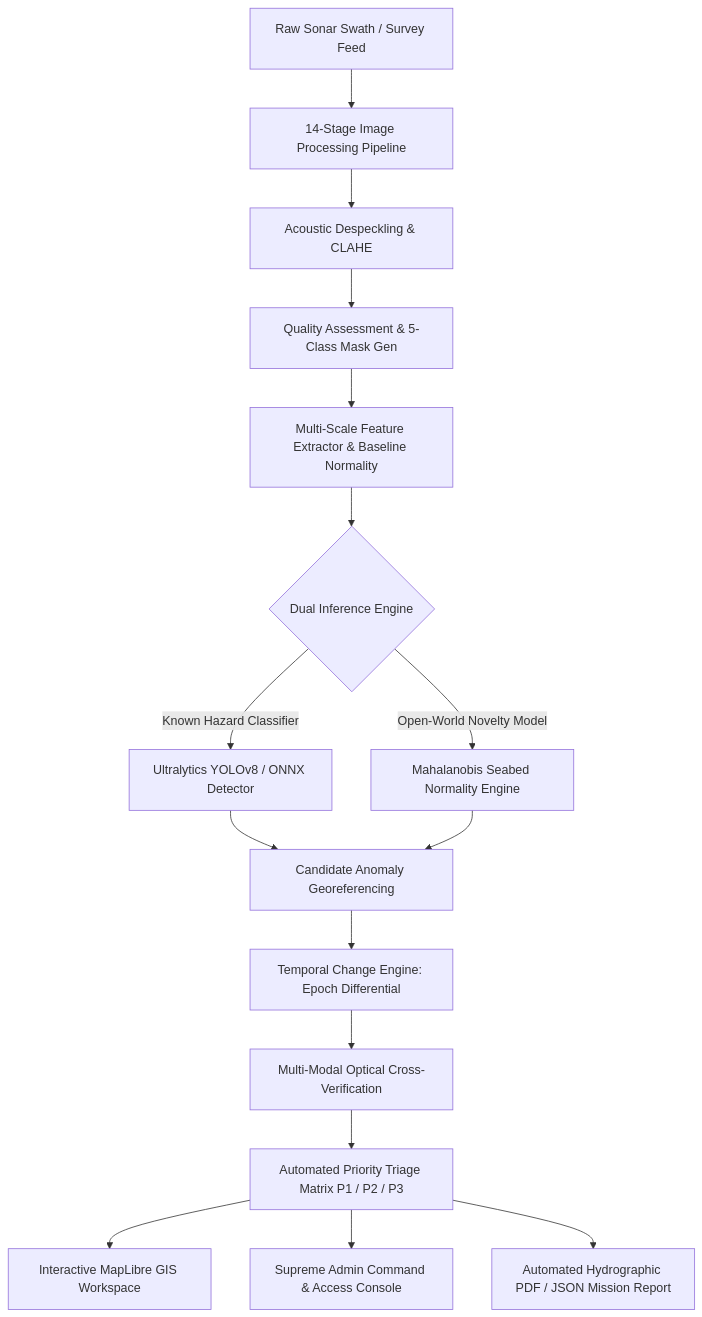
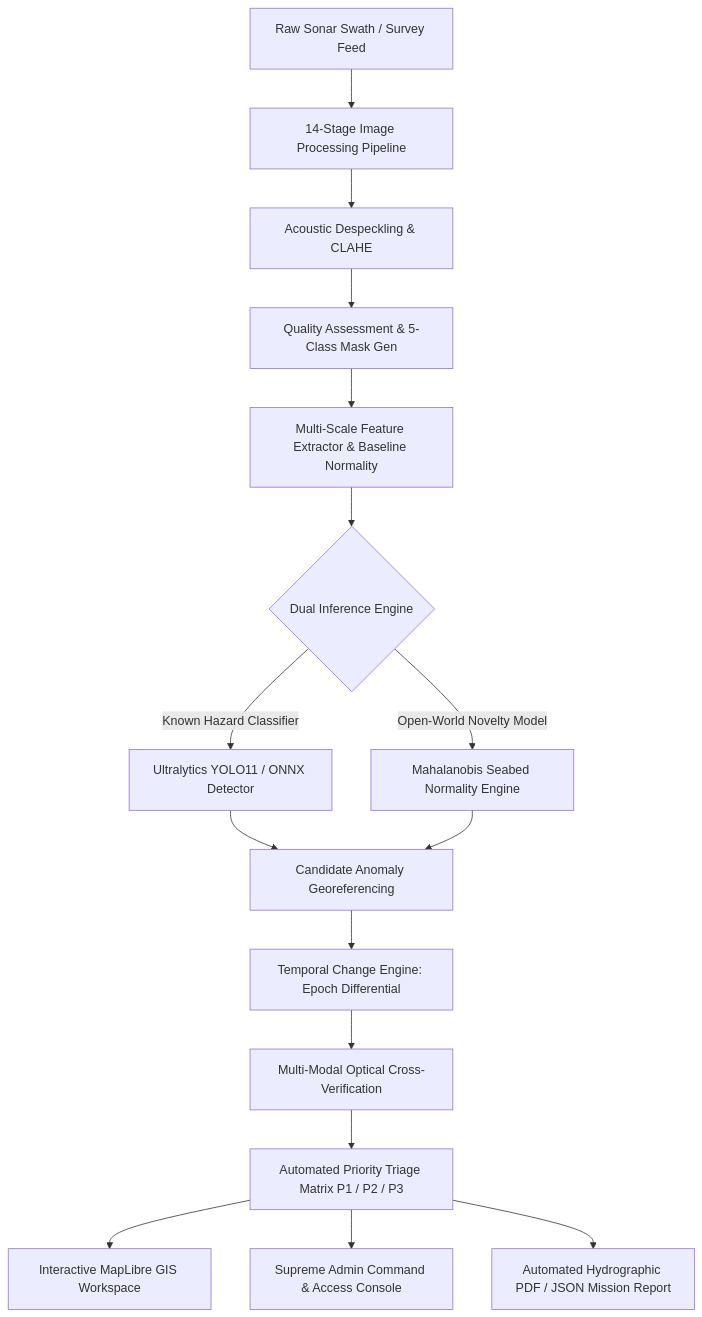
The diagram in README.md (BPPIMTSIH26/SIH26057), drawn with Mermaid before and after one commit. The commit also changed other lines of this file, not shown here.

````diff
--- a/README.md
+++ b/README.md
@@ -43,22 +43,22 @@
 ```mermaid
 flowchart TD
     A[Raw Sonar Swath / Survey Feed] --> B[14-Stage Image Processing Pipeline]
     B --> C[Acoustic Despeckling & CLAHE]
     C --> D[Quality Assessment & 5-Class Mask Gen]
     D --> E[Multi-Scale Feature Extractor & Baseline Normality]
     
     E --> F{Dual Inference Engine}
-    F -->|Known Hazard Classifier| G[Ultralytics YOLOv8 / ONNX Detector]
+    F -->|Known Hazard Classifier| G[Ultralytics YOLO11 / ONNX Detector]
     F -->|Open-World Novelty Model| H[Mahalanobis Seabed Normality Engine]
     
     G --> I[Candidate Anomaly Georeferencing]
     H --> I
     
     I --> J[Temporal Change Engine: Epoch Differential]
     J --> K[Multi-Modal Optical Cross-Verification]
     K --> L[Automated Priority Triage Matrix P1 / P2 / P3]
     
     L --> M[Interactive MapLibre GIS Workspace]
     L --> N[Supreme Admin Command & Access Console]
     L --> O[Automated Hydrographic PDF / JSON Mission Report]
 ```
````
